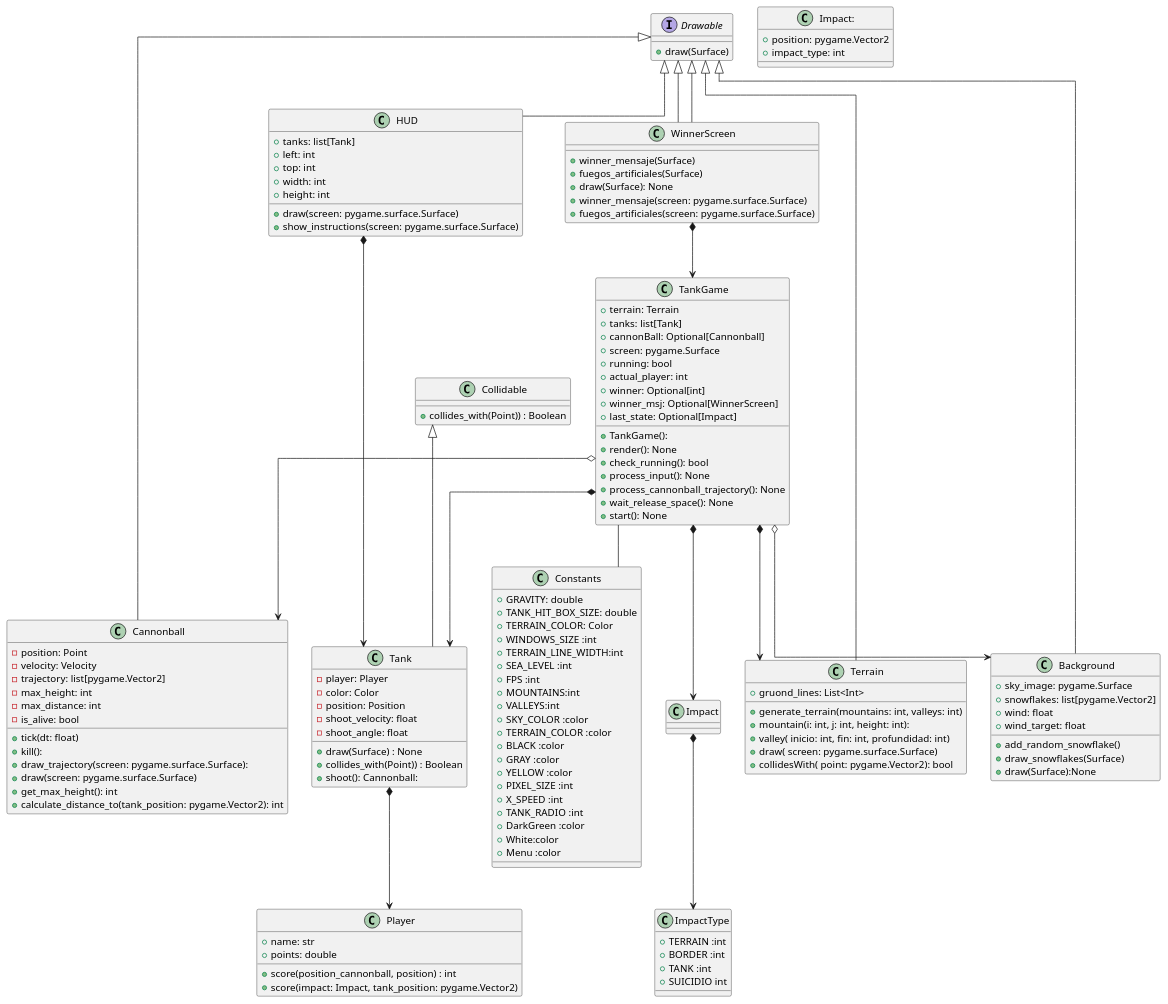
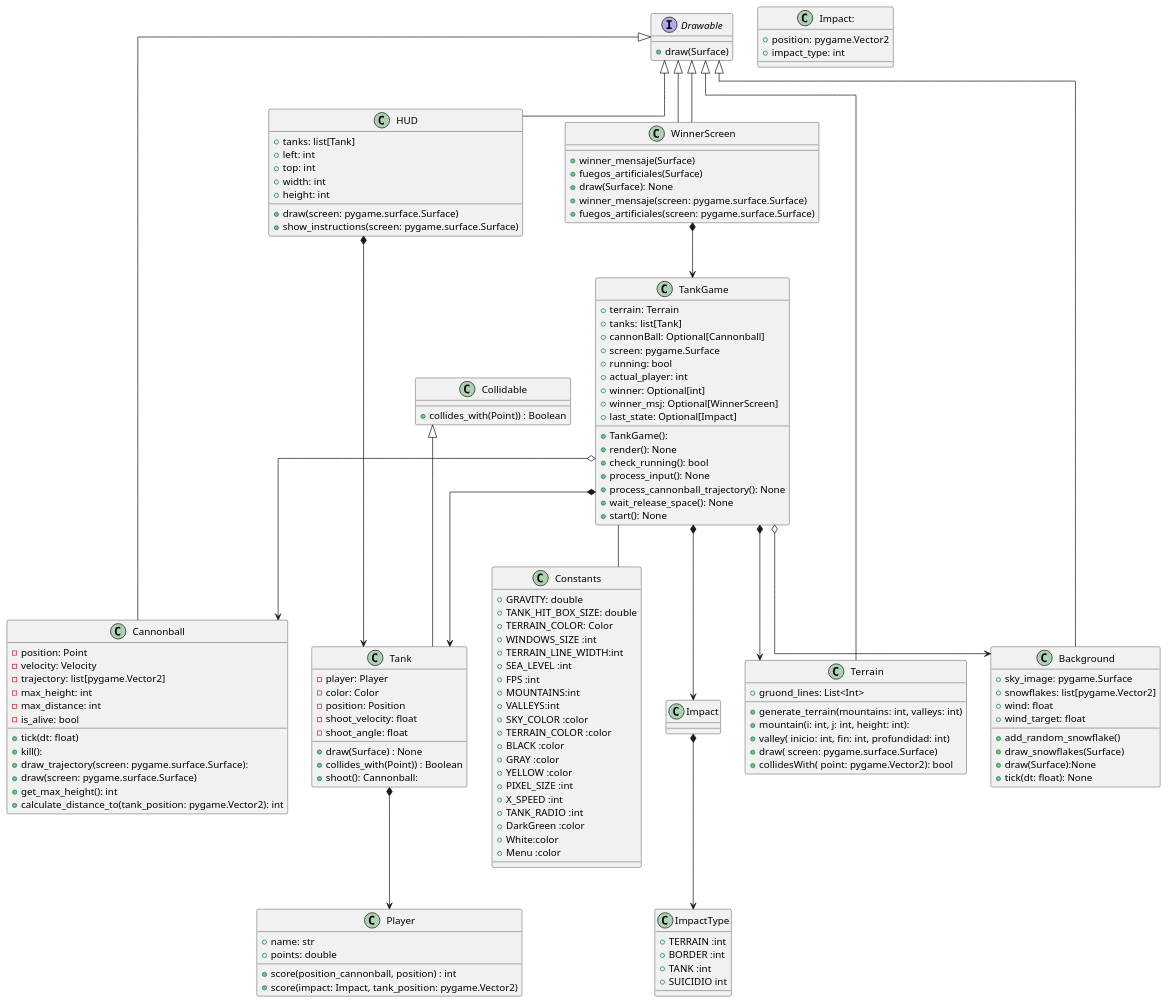
The diagram in uml/entire.plantuml (fraco-oxza/tankGame), drawn with PlantUML before and after one commit. The commit also changed 1 other file, not shown here.

Commit message:
Arreglando el diagrama de clases de la clase fondo

```diff
--- a/uml/entire.plantuml
+++ b/uml/entire.plantuml
@@ -1,159 +1,160 @@
 @startuml
 
 top to bottom direction
 skinparam linetype ortho
 
 ' Fco
 class TankGame {
     + terrain: Terrain
     + tanks: list[Tank]
     + cannonBall: Optional[Cannonball]
     + screen: pygame.Surface
     + running: bool
     + actual_player: int
     + winner: Optional[int]
     +winner_msj: Optional[WinnerScreen]
     +last_state: Optional[Impact]
 
     + TankGame():
     + render(): None
     + check_running(): bool
     + process_input(): None
     + process_cannonball_trajectory(): None
     + wait_release_space(): None
     + start(): None
 
 }
 
 class Cannonball extends Drawable {
     - position: Point
     - velocity: Velocity
     - trajectory: list[pygame.Vector2]
     - max_height: int
     - max_distance: int
     - is_alive: bool
 
     +tick(dt: float)
     +kill():
     +draw_trajectory(screen: pygame.surface.Surface):
     +draw(screen: pygame.surface.Surface)
     +get_max_height(): int
     +calculate_distance_to(tank_position: pygame.Vector2): int
 
 
 
 }
 
 interface Drawable {
     + draw(Surface)
 }
 
 class HUD extends Drawable{
     + tanks: list[Tank]
     + left: int
     + top: int
     + width: int
     + height: int
  +draw(screen: pygame.surface.Surface)
  +show_instructions(screen: pygame.surface.Surface)
 
  }
 class WinnerScreen extends Drawable{
     +winner_mensaje(Surface)
     +fuegos_artificiales(Surface)
     +draw(Surface): None
 }
 
 class Terrain extends Drawable {
     +gruond_lines: List<Int>
 
     + generate_terrain(mountains: int, valleys: int)
     +mountain(i: int, j: int, height: int):
     +valley( inicio: int, fin: int, profundidad: int)
     +draw( screen: pygame.surface.Surface)
     +collidesWith( point: pygame.Vector2): bool
 }
 class Collidable {
  +collides_with(Point)) : Boolean
 }
 
 class Background extends Drawable{
     +sky_image: pygame.Surface
     +snowflakes: list[pygame.Vector2]
     +wind: float
     +wind_target: float
 
     + add_random_snowflake()
     + draw_snowflakes(Surface)
-    +draw(Surface):None
+    + draw(Surface):None
+    +tick(dt: float): None
 }
 class Tank extends Collidable  {
     - player: Player
     - color: Color
     - position: Position
     -shoot_velocity: float
     -shoot_angle: float
 
     +draw(Surface) : None
     +collides_with(Point)) : Boolean
     +shoot(): Cannonball:
 }
 
 class Player {
     +name: str
     + points: double
     +score(position_cannonball, position) : int
     +score(impact: Impact, tank_position: pygame.Vector2)
 }
 class WinnerScreen extends Drawable
 {
     +winner_mensaje(screen: pygame.surface.Surface)
     +fuegos_artificiales(screen: pygame.surface.Surface)
 }
 class Impact:
 {
     +position: pygame.Vector2
     +impact_type: int
 
 }
 
 class Constants {
     + GRAVITY: double
     + TANK_HIT_BOX_SIZE: double
     + TERRAIN_COLOR: Color
     + WINDOWS_SIZE :int
     + TERRAIN_LINE_WIDTH:int
     + SEA_LEVEL :int
     + FPS :int
     +MOUNTAINS:int
     +VALLEYS:int
     +SKY_COLOR :color
     +TERRAIN_COLOR :color
     +BLACK :color
     +GRAY :color
     +YELLOW :color
     +PIXEL_SIZE :int
     +X_SPEED :int
     +TANK_RADIO :int
     +DarkGreen :color
     +White:color
     +Menu :color
 }
 class ImpactType{
     +TERRAIN :int
     +BORDER :int
     +TANK :int
     +SUICIDIO int
 }
 TankGame -- Constants
 WinnerScreen *-->  TankGame
 TankGame *--> Tank
 TankGame o--> Cannonball
 TankGame *--> Terrain
 TankGame o-->Background
 Tank *--> Player
 HUD *--> Tank
 Impact *-->ImpactType
 TankGame *-->Impact
 
 @enduml
```
